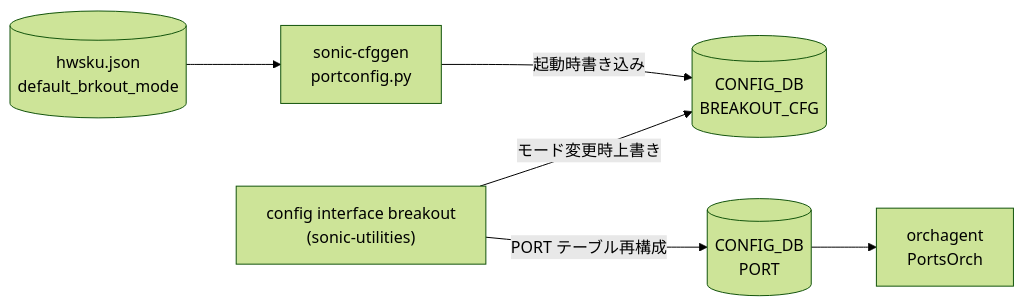
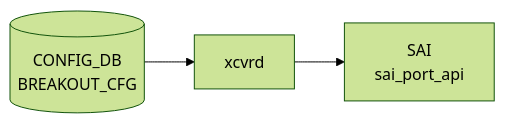
The diagram in docs/reference/config-db/dpb.md (aoki-taquan/sonic-unofficial-docs), drawn with Mermaid (forest theme) before and after one commit. The commit also changed other lines of this file and 359 other files, not shown here.

````diff
--- a/docs/reference/config-db/dpb.md
+++ b/docs/reference/config-db/dpb.md
@@ -47,15 +47,8 @@
 ```mermaid
 flowchart LR
-  HW[("hwsku.json<br/>default_brkout_mode")]
-  CFGGEN["sonic-cfggen<br/>portconfig.py"]
   CDB[("CONFIG_DB<br/>BREAKOUT_CFG")]
-  CLI["config interface breakout<br/>(sonic-utilities)"]
-  PORT[("CONFIG_DB<br/>PORT")]
-  ORCH["orchagent<br/>PortsOrch"]
-
-  HW --> CFGGEN
-  CFGGEN -->|起動時書き込み| CDB
-  CLI -->|モード変更時上書き| CDB
-  CLI -->|PORT テーブル再構成| PORT
-  PORT --> ORCH
+  DM["xcvrd"]
+  CDB --> DM
+  SAI["SAI<br/>sai_port_api"]
+  DM --> SAI
 ```
````
